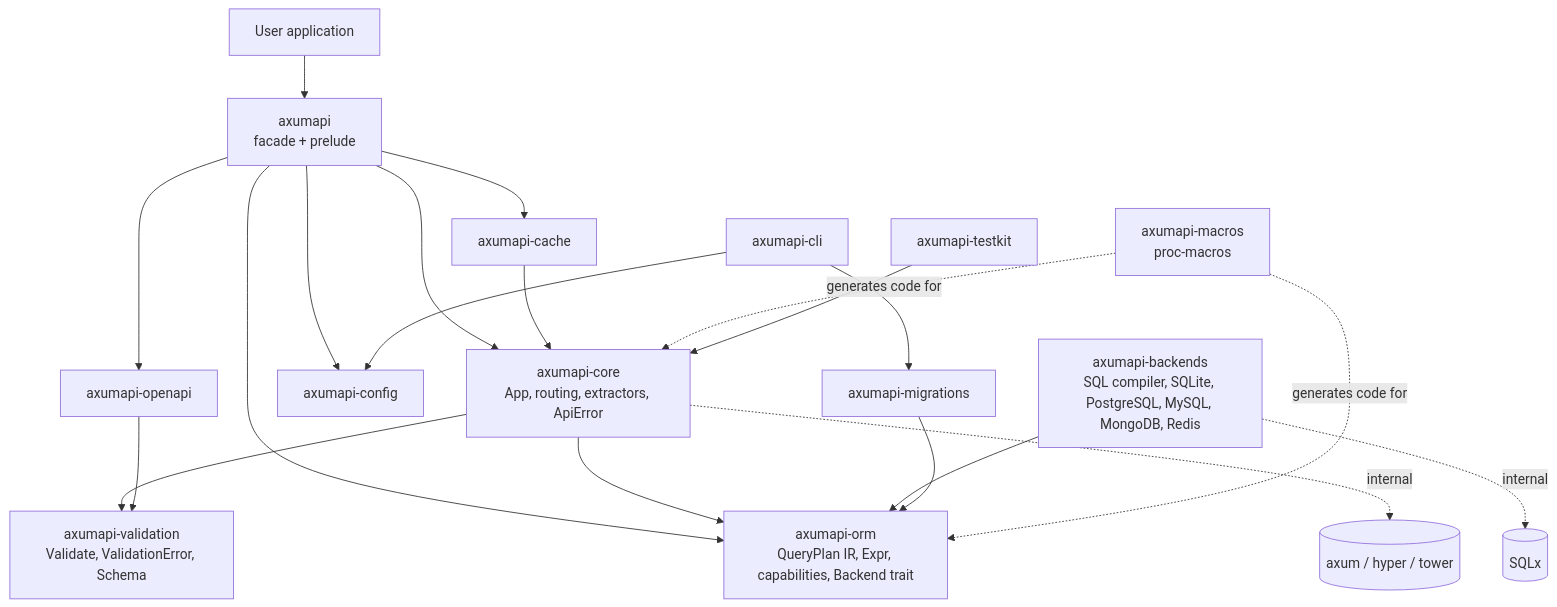
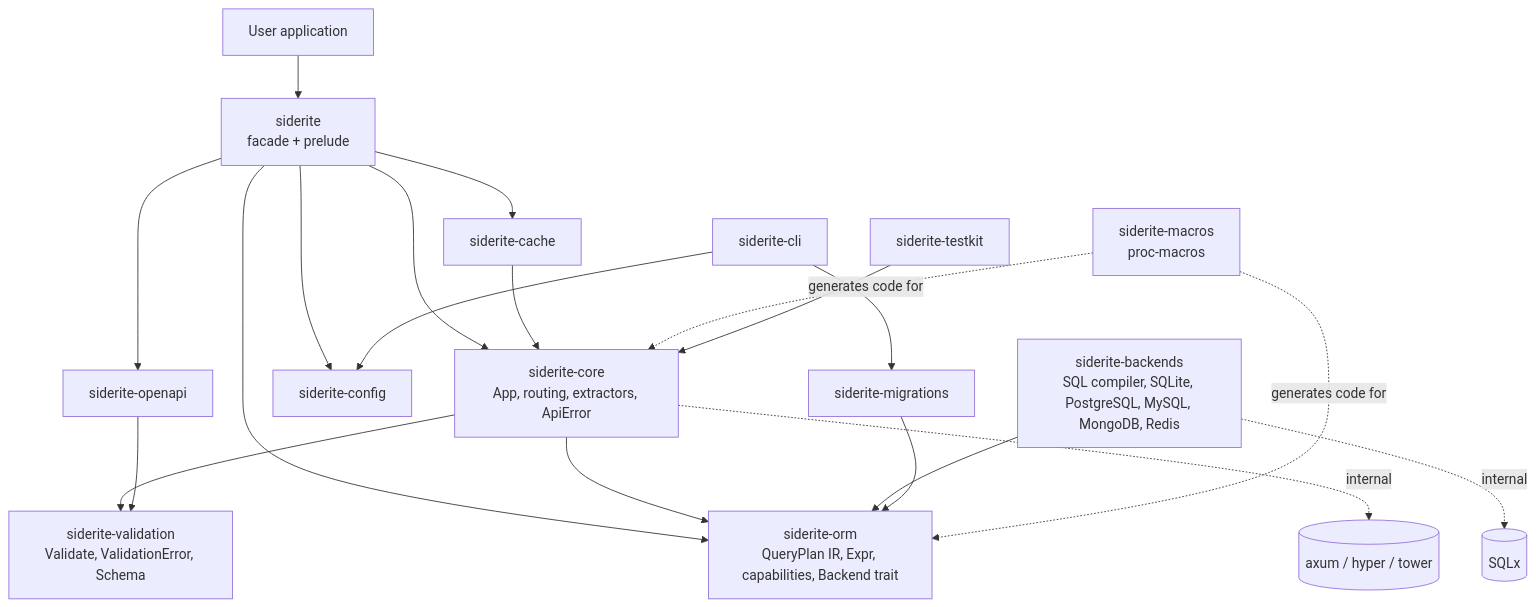
The first of 2 diagrams in docs/ARCHITECTURE.md (jraavis/axumapi), drawn with Mermaid before and after one commit. The commit also changed other lines of this file and 586 other files, not shown here.

````diff
--- a/docs/ARCHITECTURE.md
+++ b/docs/ARCHITECTURE.md
@@ -9,22 +9,22 @@
 ```mermaid
 flowchart TD
-    user[User application] --> facade[axumapi<br/>facade + prelude]
-    facade --> core[axumapi-core<br/>App, routing, extractors, ApiError]
-    facade --> openapi[axumapi-openapi]
+    user[User application] --> facade[siderite<br/>facade + prelude]
+    facade --> core[siderite-core<br/>App, routing, extractors, ApiError]
+    facade --> openapi[siderite-openapi]
     facade --> orm
-    facade --> config[axumapi-config]
-    facade --> cache[axumapi-cache]
-    core --> validation[axumapi-validation<br/>Validate, ValidationError, Schema]
-    core --> orm[axumapi-orm<br/>QueryPlan IR, Expr, capabilities, Backend trait]
+    facade --> config[siderite-config]
+    facade --> cache[siderite-cache]
+    core --> validation[siderite-validation<br/>Validate, ValidationError, Schema]
+    core --> orm[siderite-orm<br/>QueryPlan IR, Expr, capabilities, Backend trait]
     core -. internal .-> axum[(axum / hyper / tower)]
     openapi --> validation
     cache --> core
-    backends[axumapi-backends<br/>SQL compiler, SQLite, PostgreSQL, MySQL, MongoDB, Redis] --> orm
+    backends[siderite-backends<br/>SQL compiler, SQLite, PostgreSQL, MySQL, MongoDB, Redis] --> orm
     backends -. internal .-> sqlx[(SQLx)]
-    migrations[axumapi-migrations] --> orm
-    macros[axumapi-macros<br/>proc-macros] -. generates code for .-> core
+    migrations[siderite-migrations] --> orm
+    macros[siderite-macros<br/>proc-macros] -. generates code for .-> core
     macros -. generates code for .-> orm
-    cli[axumapi-cli] --> migrations
+    cli[siderite-cli] --> migrations
     cli --> config
-    testkit[axumapi-testkit] --> core
+    testkit[siderite-testkit] --> core
 ```
````
